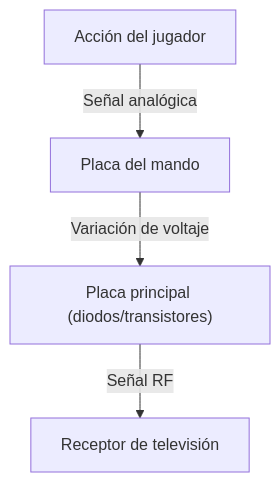
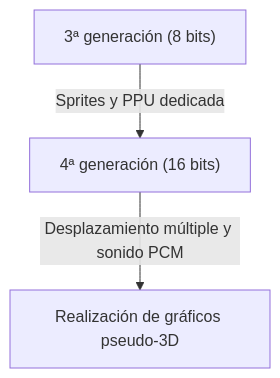
The first of 2 diagrams in content/post/history-of-video-game-consoles/index.es.md (kenjinote/blog), drawn with Mermaid before and after one commit. The commit also changed other lines of this file and 129 other files, not shown here.

````diff
--- a/content/post/history-of-video-game-consoles/index.es.md
+++ b/content/post/history-of-video-game-consoles/index.es.md
@@ -22,6 +33,5 @@
 ```mermaid
 graph TD
-    A["Acción del jugador"] -- "Señal analógica" --> B["Placa del mando"]
-    B -- "Variación de voltaje" --> C["Placa principal (diodos/transistores)"]
-    C -- "Señal RF" --> D["Receptor de televisión"]
+  A["3ª generación (8 bits)"] -- "Sprites y PPU dedicada" --> B["4ª generación (16 bits)"]
+  B["4ª generación (16 bits)"] -- "Desplazamiento múltiple y sonido PCM" --> C["Realización de gráficos pseudo-3D"]
 ```
````
